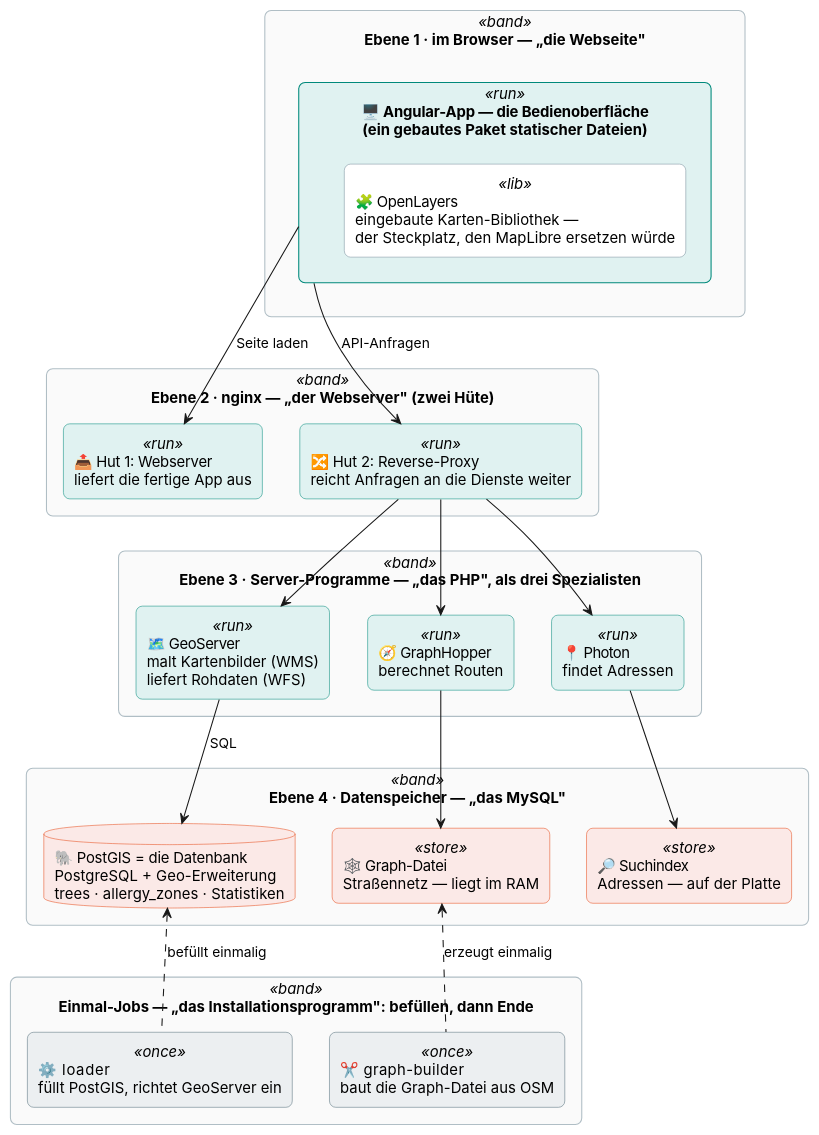
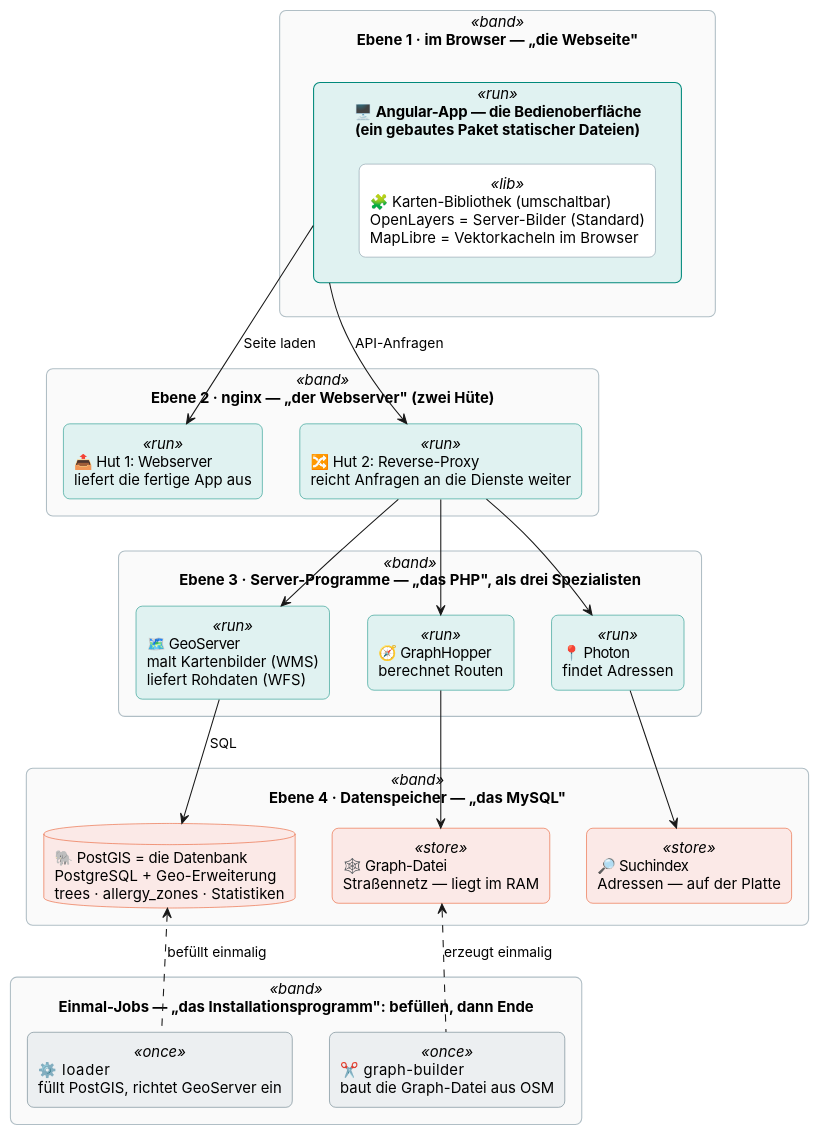
Before and after one commit to matthili/BaumRadar: the diagram in docs/architecture/10_webgis_layers.puml, drawn with PlantUML. The commit also changed 21 other files, not shown here.

Commit message:
The BaumRadar WebGIS documentation is now up to date and also includes the MapLibre version.

```diff
--- a/docs/architecture/10_webgis_layers.puml
+++ b/docs/architecture/10_webgis_layers.puml
@@ -1,66 +1,66 @@
 @startuml
 ' Schichten-Sicht des WebGIS, verankert im klassischen Modell
 ' "Browser -> Webserver -> Server-Programm -> Datenbank".
 ' Ergänzt 08_webgis_architecture.puml (Datenfluss-Sicht) um die Ebenen-Sicht.
 skinparam backgroundColor #FFFFFF
 skinparam componentStyle rectangle
 skinparam shadowing false
 skinparam defaultFontName Inter
 skinparam roundCorner 12
 skinparam rectangleFontColor black
 skinparam databaseFontColor black
 skinparam databaseBackgroundColor #FBE9E7
 skinparam databaseBorderColor #E64A19
 
 skinparam rectangle {
   BackgroundColor<<band>> #FAFAFA
   BorderColor<<band>> #B0BEC5
   BackgroundColor<<run>> #E0F2F1
   BorderColor<<run>> #00897B
   BackgroundColor<<lib>> #FFFFFF
   BorderColor<<lib>> #78909C
   BackgroundColor<<store>> #FBE9E7
   BorderColor<<store>> #E64A19
   BackgroundColor<<once>> #ECEFF1
   BorderColor<<once>> #546E7A
 }
 
 rectangle "Ebene 1 · im Browser — „die Webseite"" as B1 <<band>> {
   rectangle "🖥️  Angular-App — die Bedienoberfläche\n(ein gebautes Paket statischer Dateien)" as APP <<run>> {
-    rectangle "🧩  OpenLayers\neingebaute Karten-Bibliothek —\nder Steckplatz, den MapLibre ersetzen würde" as OL <<lib>>
+    rectangle "🧩  Karten-Bibliothek (umschaltbar)\nOpenLayers = Server-Bilder (Standard)\nMapLibre = Vektorkacheln im Browser" as OL <<lib>>
   }
 }
 
 rectangle "Ebene 2 · nginx — „der Webserver" (zwei Hüte)" as B2 <<band>> {
   rectangle "📤  Hut 1: Webserver\nliefert die fertige App aus" as HUT1 <<run>>
   rectangle "🔀  Hut 2: Reverse-Proxy\nreicht Anfragen an die Dienste weiter" as HUT2 <<run>>
 }
 
 rectangle "Ebene 3 · Server-Programme — „das PHP", als drei Spezialisten" as B3 <<band>> {
   rectangle "🗺️  GeoServer\nmalt Kartenbilder (WMS)\nliefert Rohdaten (WFS)" as GS <<run>>
   rectangle "🧭  GraphHopper\nberechnet Routen" as GHOP <<run>>
   rectangle "📍  Photon\nfindet Adressen" as PH <<run>>
 }
 
 rectangle "Ebene 4 · Datenspeicher — „das MySQL"" as B4 <<band>> {
   database "🐘  PostGIS = die Datenbank\nPostgreSQL + Geo-Erweiterung\ntrees · allergy_zones · Statistiken" as PG
   rectangle "🕸️  Graph-Datei\nStraßennetz — liegt im RAM" as GRAPH <<store>>
   rectangle "🔎  Suchindex\nAdressen — auf der Platte" as IDX <<store>>
 }
 
 rectangle "Einmal-Jobs — „das Installationsprogramm": befüllen, dann Ende" as B5 <<band>> {
   rectangle "⚙️  loader\nfüllt PostGIS, richtet GeoServer ein" as LOADER <<once>>
   rectangle "✂️  graph-builder\nbaut die Graph-Datei aus OSM" as GB <<once>>
 }
 
 APP -down-> HUT1 : Seite laden
 APP -down-> HUT2 : API-Anfragen
 HUT2 -down-> GS
 HUT2 -down-> GHOP
 HUT2 -down-> PH
 GS -down-> PG : SQL
 GHOP -down-> GRAPH
 PH -down-> IDX
 LOADER .up.> PG : befüllt einmalig
 GB .up.> GRAPH : erzeugt einmalig
 @enduml
```
